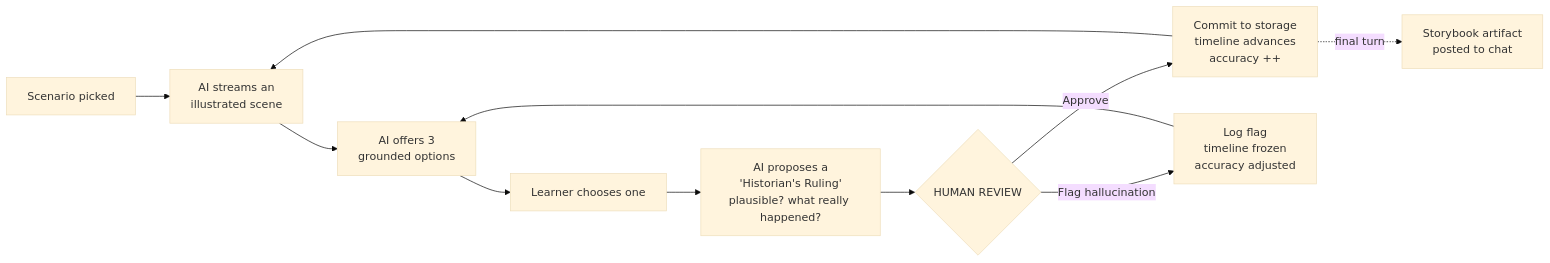
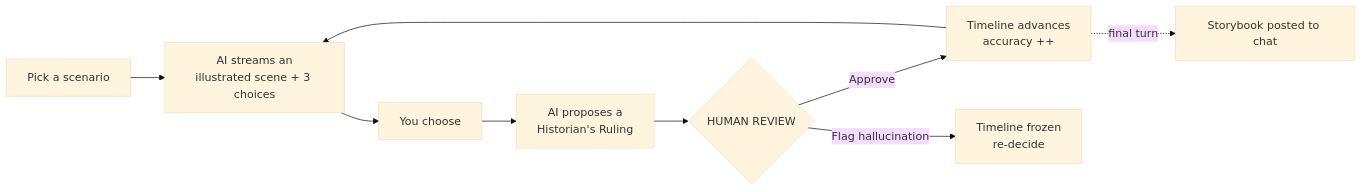
Before and after one commit to EzraNahumury/-History-Lab: the first of 3 diagrams in README.md, drawn with Mermaid (base theme). The commit also changed other lines of this file, not shown here.

````diff
--- a/README.md
+++ b/README.md
@@ -55,13 +27,11 @@
 ```mermaid
 flowchart LR
-    A["Scenario picked"] --> B["AI streams an<br/>illustrated scene"]
-    B --> C["AI offers 3<br/>grounded options"]
-    C --> D["Learner chooses one"]
-    D --> E["AI proposes a<br/>'Historian's Ruling'<br/>plausible? what really happened?"]
-    E --> F{"HUMAN REVIEW"}
-    F -->|"Approve"| G["Commit to storage<br/>timeline advances<br/>accuracy ++"]
-    F -->|"Flag hallucination"| H["Log flag<br/>timeline frozen<br/>accuracy adjusted"]
-    G --> B
-    H --> C
-    G -.->|"final turn"| I["Storybook artifact<br/>posted to chat"]
+    A[Pick a scenario] --> B[AI streams an<br/>illustrated scene + 3 choices]
+    B --> C[You choose]
+    C --> D[AI proposes a<br/>Historian's Ruling]
+    D --> E{HUMAN REVIEW}
+    E -->|Approve| F[Timeline advances<br/>accuracy ++]
+    E -->|Flag hallucination| G[Timeline frozen<br/>re-decide]
+    F --> B
+    F -.->|final turn| H[Storybook posted to chat]
 ```
````
